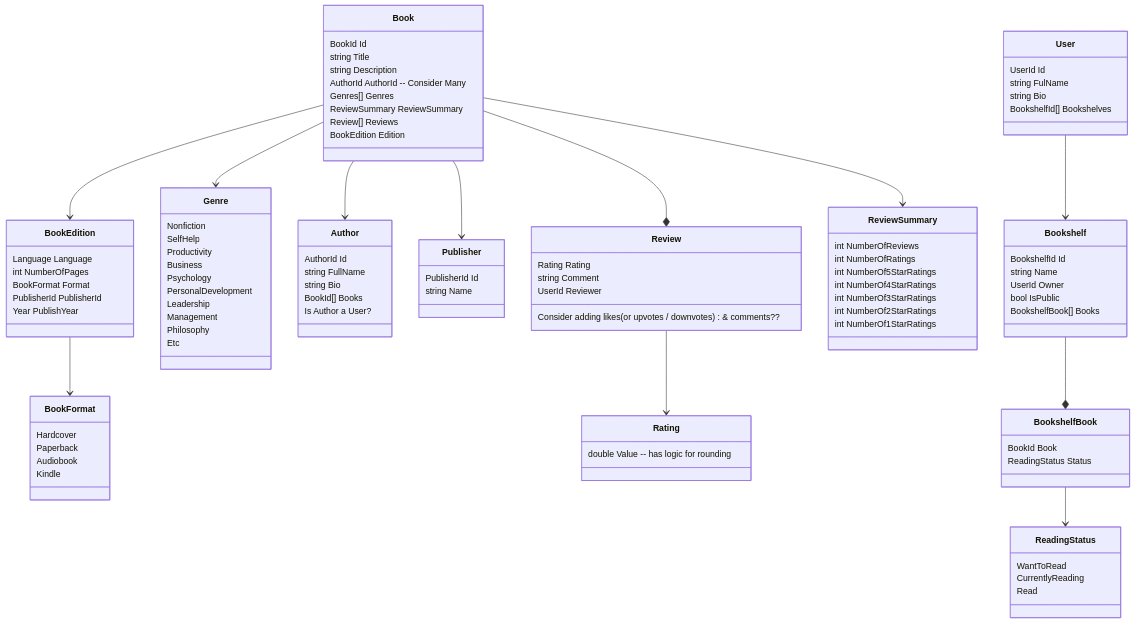
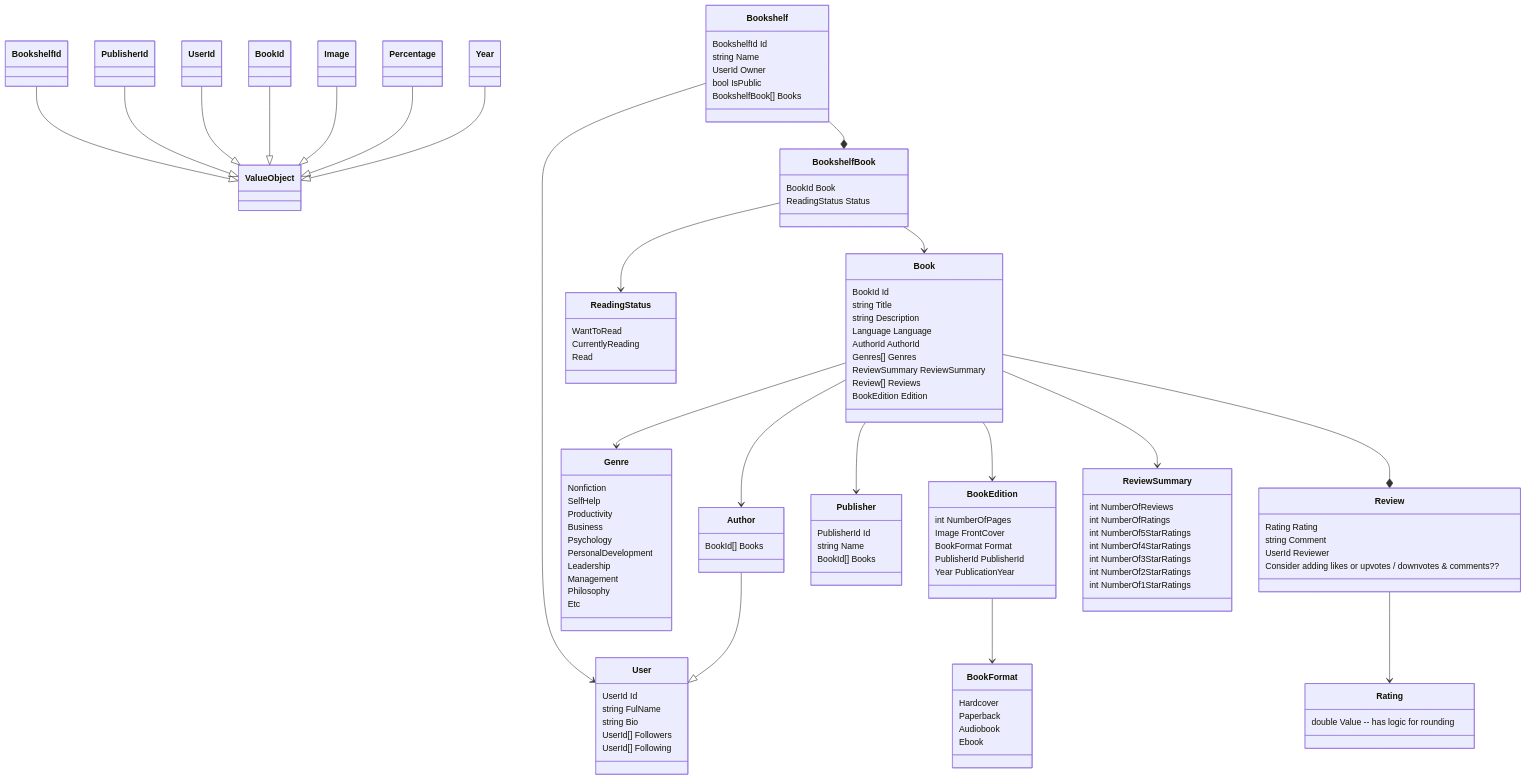
One commit to dejobratic/eudaimonia changed the diagram in README.md. Above: the diagram before and after it, drawn with Mermaid. The commit also changed 16 other files, not shown here.

Commit message:
added Entity, ValueObject and Enumeration domain kernel classes; removed empty classes and tests; updated README.md;

````diff
--- a/README.md
+++ b/README.md
@@ -3,5 +3,14 @@
 ```mermaid
 classDiagram
+  Year --|> ValueObject 
+  Percentage --|> ValueObject 
+  Image --|> ValueObject 
+  
+  BookId --|> ValueObject 
+  UserId --|> ValueObject
+  PublisherId --|> ValueObject 
+  BookshelfId --|> ValueObject 
+
   Book --> BookEdition
   Book --> Genre
   Book --> Author
@@ -9,22 +18,25 @@
   Book --* Review
   Book --> ReviewSummary
 
+  Author --|> User 
+
   BookEdition --> BookFormat
 
   Review --> Rating
 
-  User --> Bookshelf
+  Bookshelf --> User
   
   Bookshelf --* BookshelfBook
 
   BookshelfBook --> ReadingStatus
-
+  BookshelfBook --> Book
 
   class Book {
     BookId Id
     string Title
     string Description
-    AuthorId AuthorId -- Consider Many
+    Language Language
+    AuthorId AuthorId
     Genres[] Genres
     ReviewSummary ReviewSummary
     Review[] Reviews
@@ -32,18 +44,18 @@
   }
 
   class BookEdition {
-    Language Language
     int NumberOfPages
+    Image FrontCover
     BookFormat Format
     PublisherId PublisherId
-    Year PublishYear
+    Year PublicationYear
   }
   
   class BookFormat {
     Hardcover
     Paperback
     Audiobook
-    Kindle
+    Ebook
   }
 
   class Genre {
@@ -73,7 +85,7 @@
     Rating Rating
     string Comment
     UserId Reviewer
-    Consider adding likes (or upvotes / downvotes) & comments??
+    Consider adding likes or upvotes / downvotes & comments??
   }
 
   class Rating {
@@ -84,7 +96,8 @@
     UserId Id
     string FulName
     string Bio
-    BookshelfId[] Bookshelves
+    UserId[] Followers
+    UserId[] Following
   }
 
   class Bookshelf {
@@ -107,15 +120,12 @@
   }
 
   class Author {
-    AuthorId Id
-    string FullName
-    string Bio
     BookId[] Books
-    Is Author a User?
   }
 
   class Publisher {
     PublisherId Id
     string Name
+    BookId[] Books
   }
 ```
````
